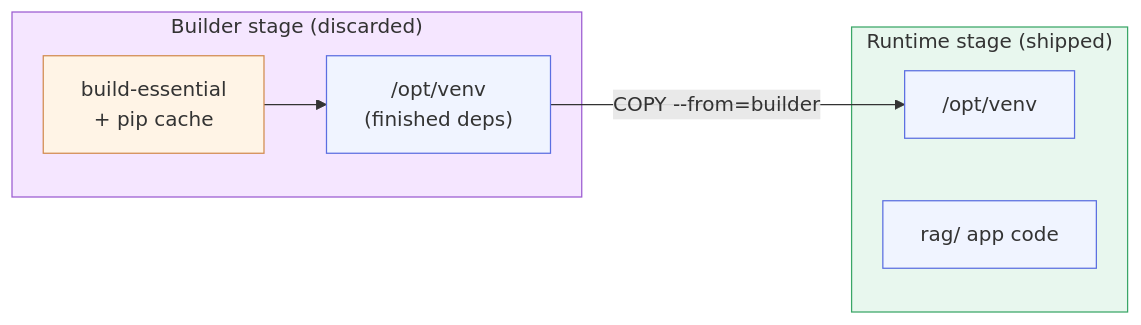
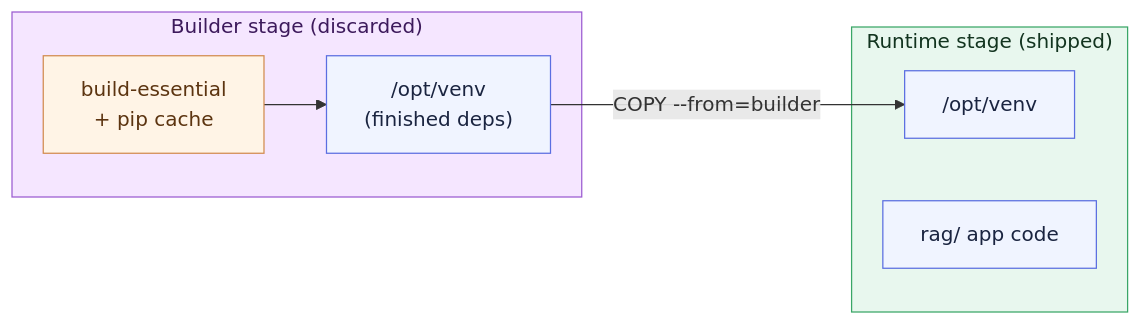
The diagram in chapter_5/l2/README.md (LinkedInLearning/docker-for-local-ai-app-development-build-lightweight-containerized-ai-applications-11189001), drawn with Mermaid before and after one commit. The commit also changed 25 other files, not shown here.

````diff
--- a/chapter_5/l2/README.md
+++ b/chapter_5/l2/README.md
@@ -25,23 +25,23 @@
 ```mermaid
 flowchart LR
   subgraph builder["Builder stage (discarded)"]
     tools["build-essential<br/>+ pip cache"]
     venv["/opt/venv<br/>(finished deps)"]
     tools --> venv
   end
   subgraph runtime["Runtime stage (shipped)"]
     rvenv["/opt/venv"]
     app["rag/ app code"]
   end
   venv -->|"COPY --from=builder"| rvenv
 
   class tools action
   class venv,rvenv,app artifact
   class builder volatile
   class runtime runtime
 
-  classDef artifact fill:#f0f4ff,stroke:#5b6ee1,stroke-width:1px;
-  classDef action fill:#fff4e6,stroke:#d28b4f,stroke-width:1px;
-  classDef runtime fill:#e8f7ee,stroke:#3aa667,stroke-width:1px;
-  classDef volatile fill:#f5e6ff,stroke:#9b5bd1,stroke-width:1px;
+  classDef artifact fill:#f0f4ff,stroke:#5b6ee1,stroke-width:1px,color:#1a2440;
+  classDef action fill:#fff4e6,stroke:#d28b4f,stroke-width:1px,color:#5c3410;
+  classDef runtime fill:#e8f7ee,stroke:#3aa667,stroke-width:1px,color:#12341f;
+  classDef volatile fill:#f5e6ff,stroke:#9b5bd1,stroke-width:1px,color:#3d1a5c;
 ```
````
